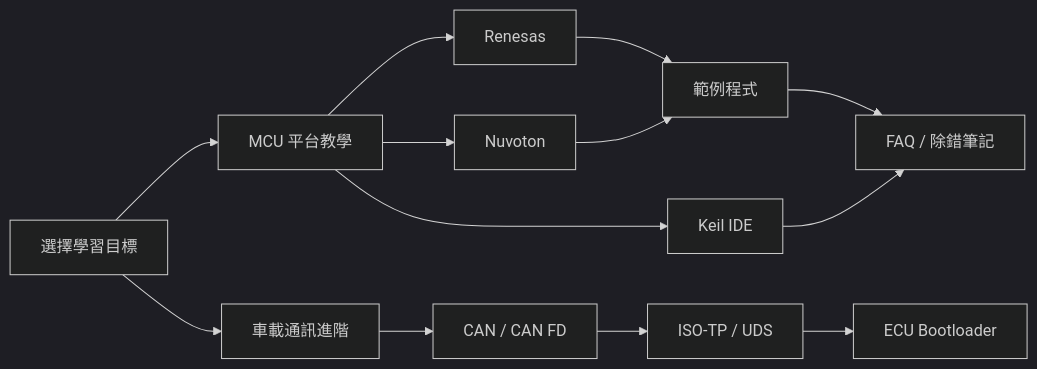
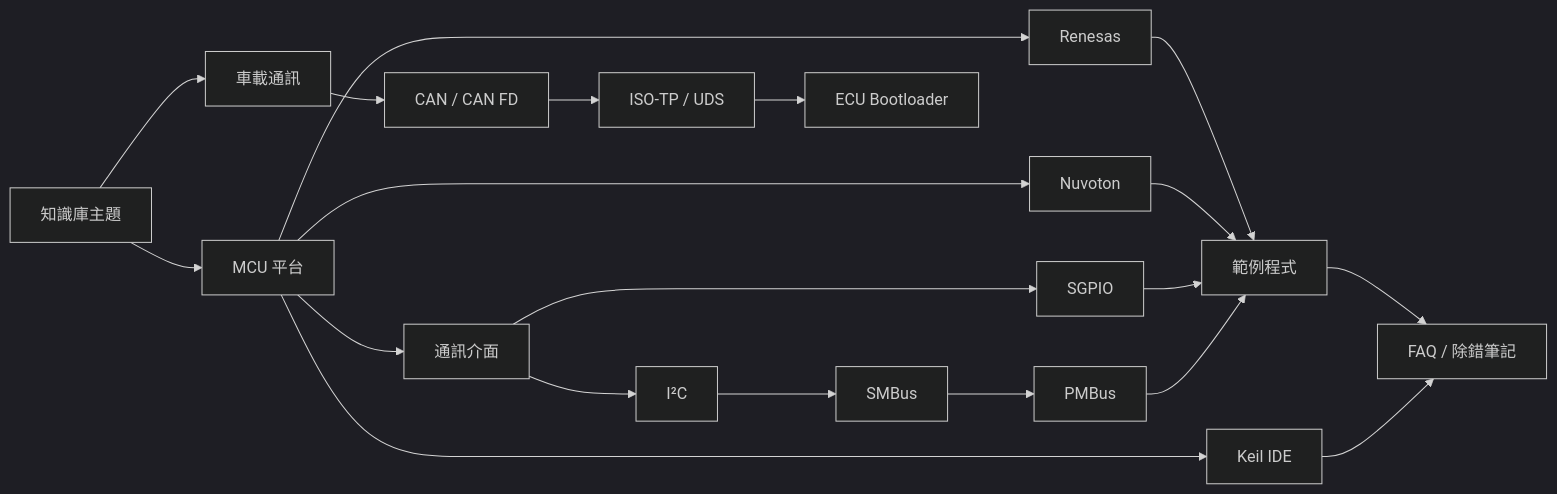
Before and after one commit to released/released.github.io: the diagram in README.md, drawn with Mermaid (dark theme). The commit also changed other lines of this file and 11 other files, not shown here.

````diff
--- a/README.md
+++ b/README.md
@@ -23,15 +25,22 @@
 ```mermaid
 flowchart LR
-    START["選擇學習目標"] --> MCU["MCU 平台教學"]
+    START["知識庫主題"] --> MCU["MCU 平台"]
     MCU --> RENESAS["Renesas"]
     MCU --> NUVOTON["Nuvoton"]
     MCU --> KEIL["Keil IDE"]
+    MCU --> IFACE["通訊介面"]
+    IFACE --> SGPIO["SGPIO"]
+    IFACE --> I2C["I²C"]
+    I2C --> SMBUS["SMBus"]
+    SMBUS --> PMBUS["PMBus"]
     RENESAS --> EXAMPLE
     NUVOTON --> EXAMPLE
+    SGPIO --> EXAMPLE
+    PMBUS --> EXAMPLE
     EXAMPLE["範例程式"] --> FAQ["FAQ / 除錯筆記"]
     KEIL --> FAQ
-    START --> COMM["車載通訊進階"]
+    START --> COMM["車載通訊"]
     COMM --> CAN["CAN / CAN FD"]
     CAN --> UDS["ISO-TP / UDS"]
     UDS --> BOOT["ECU Bootloader"]
 ```
````
